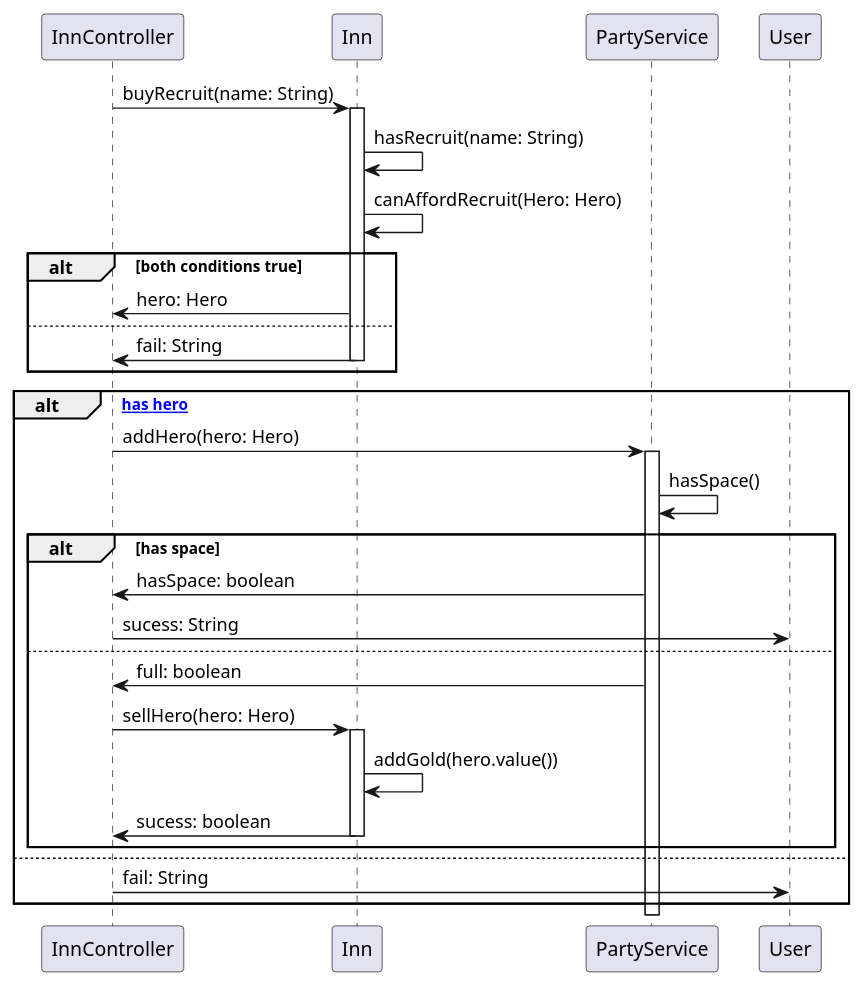
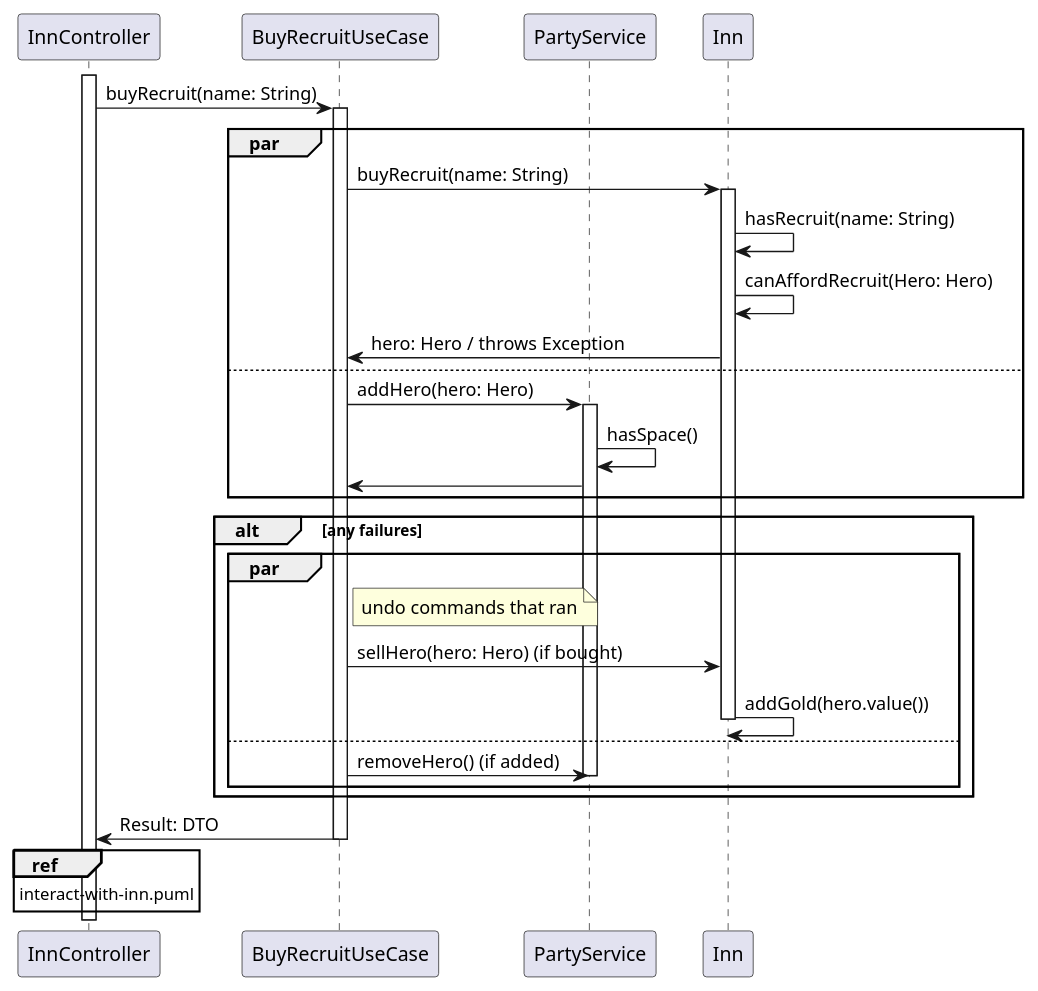
One commit to JosefG50/2203-Legends-of-Sword-and-Wand changed the diagram in rpg-legends/docs/uml/BuyRecruit.puml. Above: the diagram before and after it, drawn with PlantUML. The commit also changed 5 other files, not shown here.

```diff
--- a/rpg-legends/docs/uml/BuyRecruit.puml
+++ b/rpg-legends/docs/uml/BuyRecruit.puml
@@ -1,33 +1,45 @@
-InnController -> Inn: buyRecruit(name: String)
+@startuml BuyRecruitUseCase
+participant InnController
+participant BuyRecruitUseCase
+participant PartyService
+participant Inn
+
+activate InnController
+InnController -> BuyRecruitUseCase: buyRecruit(name: String)
+activate BuyRecruitUseCase
+
+par
+BuyRecruitUseCase -> Inn: buyRecruit(name: String)
 activate Inn
 Inn -> Inn: hasRecruit(name: String)
 Inn -> Inn: canAffordRecruit(Hero: Hero)
-
-alt both conditions true
-Inn -> InnController: hero: Hero
-else
-Inn -> InnController: fail: String
-deactivate Inn
-end
-' Attempts to Add Recruit to Party
-alt [InnController has hero]
-InnController -> PartyService: addHero(hero: Hero)
-activate PartyService
-
-PartyService -> PartyService: hasSpace()
-alt has space
-PartyService -> InnController: hasSpace: boolean
-InnController -> User: sucess: String
+Inn -> BuyRecruitUseCase: hero: Hero / throws Exception
 
 else
-PartyService -> InnController: full: boolean
-InnController -> Inn: sellHero(hero: Hero)
-activate Inn 
+BuyRecruitUseCase -> PartyService: addHero(hero: Hero)
+activate PartyService
+PartyService -> PartyService: hasSpace()
+PartyService -> BuyRecruitUseCase: 
+end
+
+alt any failures 
+par
+    note right of BuyRecruitUseCase: undo commands that ran
+
+BuyRecruitUseCase -> Inn: sellHero(hero: Hero) (if bought)
 Inn -> Inn: addGold(hero.value())
-Inn -> InnController: sucess: boolean
 deactivate Inn
+
+else 
+BuyRecruitUseCase -> PartyService: removeHero() (if added)
+deactivate PartyService
+
+end 
 end
-else 
-InnController -> User: fail: String
-deactivate InnController
-end
+BuyRecruitUseCase -> InnController: Result: DTO
+deactivate BuyRecruitUseCase
+
+
+ref over InnController: interact-with-inn.puml
+
+@enduml
```
